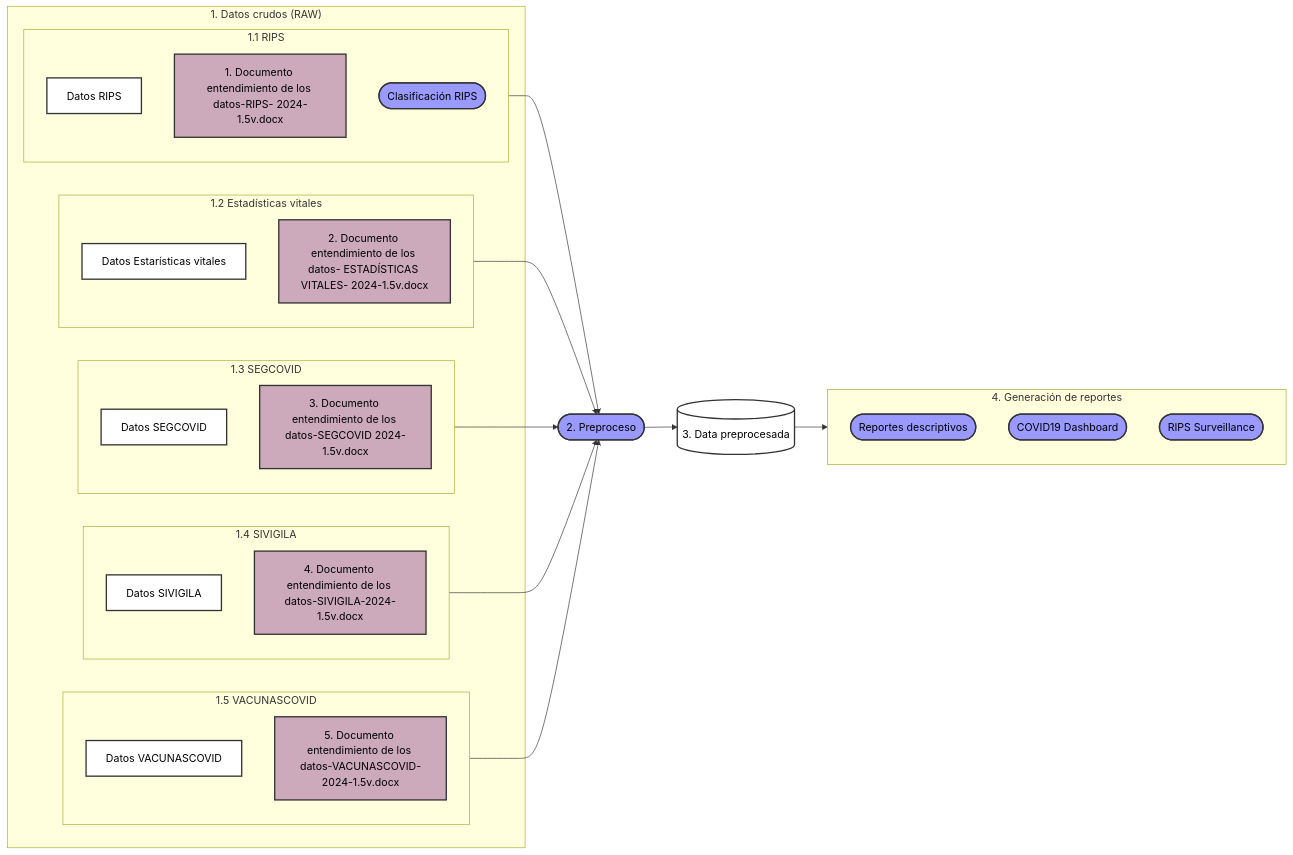
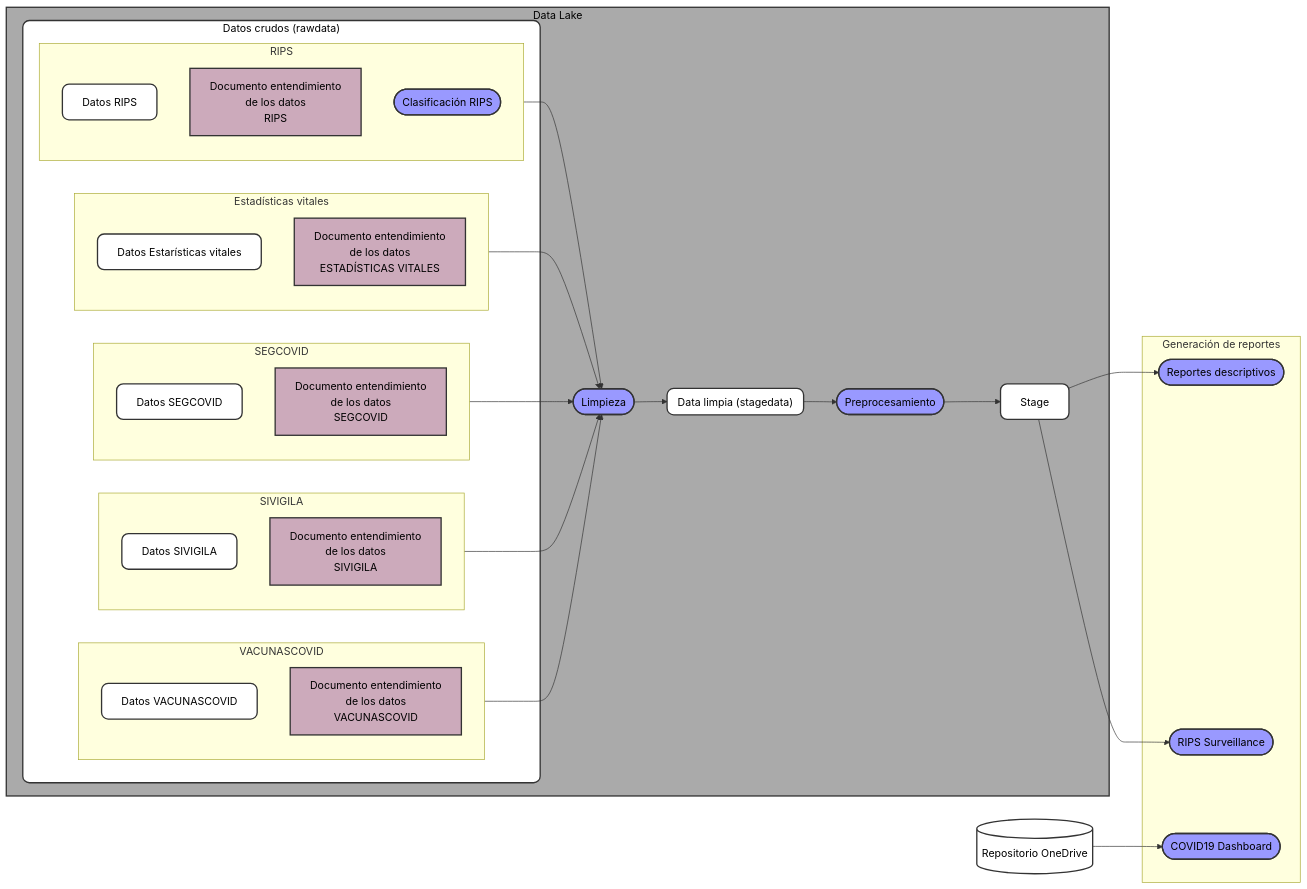
Before and after one commit to AGORA-COL/.github: the diagram in profile/DataLake/FlujoDatos.md, drawn with Mermaid. The commit also changed 1 other file, not shown here.

````diff
--- a/profile/DataLake/FlujoDatos.md
+++ b/profile/DataLake/FlujoDatos.md
@@ -8,74 +8,111 @@
 ```mermaid
 flowchart LR
-    subgraph R["1. Datos crudos (RAW)"]
-        subgraph A[1.1 RIPS]
-            DATA_RIPS1[Datos RIPS]
-            DOC_RIPS1[1. Documento entendimiento de los datos-RIPS- 2024-1.5v.docx]
-            CRIPS1([Clasificación RIPS])
+    subgraph DL[Data Lake]
+        subgraph R["Datos crudos (rawdata)"]
+            subgraph A[RIPS]
+                DATA_RIPS[Datos RIPS]
+                DOC_RIPS["`Documento entendimiento
+                     de los datos 
+                     RIPS`"]
+                CRIPS([Clasificación RIPS])
+            end
+            subgraph B[Estadísticas vitales]
+                DATA_EV[Datos Estarísticas vitales]
+                DOC_EV["`Documento entendimiento
+                     de los datos 
+                     ESTADÍSTICAS VITALES`"]
+            end
+            subgraph C[SEGCOVID]
+                DATA_SEGCOVID[Datos SEGCOVID]
+                DOC_SEGCOVID["`Documento entendimiento
+                     de los datos 
+                     SEGCOVID`"]
+            end
+            subgraph D[SIVIGILA]
+                DATA_SIVIGILA[Datos SIVIGILA]
+                DOC_SIVIGILA["`Documento entendimiento
+                     de los datos 
+                     SIVIGILA`"]
+            end
+            subgraph E[VACUNASCOVID]
+                DATA_VACUNASCOVID[Datos VACUNASCOVID]
+                DOC_VACUNASCOVID["`Documento entendimiento
+                     de los datos 
+                     VACUNASCOVID`"]
+            end
         end
-        subgraph B[1.2 Estadísticas vitales]
-            DATA_RIPS2[Datos Estarísticas vitales]
-            DOC_RIPS2[2. Documento entendimiento de los datos- ESTADÍSTICAS VITALES- 2024-1.5v.docx]
+
+
+        A --> L
+        B --> L
+        C --> L
+        D --> L
+        E --> L
+
+        
+        L([Limpieza])
+        subgraph DP["Data limpia (stagedata)"]
         end
-        subgraph C[1.3 SEGCOVID]
-            DATA_RIPS3[Datos SEGCOVID]
-            DOC_RIPS3[3. Documento entendimiento de los datos-SEGCOVID 2024-1.5v.docx]
-        end
-        subgraph D[1.4 SIVIGILA]
-            DATA_RIPS4[Datos SIVIGILA]
-            DOC_RIPS4[4. Documento entendimiento de los datos-SIVIGILA-2024-1.5v.docx]
-        end
-        subgraph E[1.5 VACUNASCOVID]
-            DATA_RIPS5[Datos VACUNASCOVID]
-            DOC_RIPS5[5. Documento entendimiento de los datos-VACUNASCOVID-2024-1.5v.docx]
-        end
+
+        L --> DP
+        DP --> P
+
+        P([Preprocesamiento])
+
+        P --> ST
+
+        ST[Stage]
+
     end
+    
+    ST --> RD
+    ST --> RS
 
-    P([2. Preproceso])
-    DP[("3. Data preprocesada")]
-    subgraph G["4. Generación de reportes"]
+
+    OD[(Repositorio OneDrive)]
+
+    OD --> DB
+
+    subgraph G["Generación de reportes"]
         RD([Reportes descriptivos])
         DB([COVID19 Dashboard])
         RS([RIPS Surveillance])
     end
 
 
-    A --> P
-    B --> P
-    C --> P
-    D --> P
-    E --> P
-
-    P --> DP
     
-    DP --> G
 
 
-    classDef data fill:#fff,stroke:#333,stroke-width:2px,color:#000;
+    classDef data fill:#fff,stroke:#333,stroke-width:2px,color:#000,rx:10,ry:10;
     classDef doc fill:#cab,stroke:#333,stroke-width:2px,color:#000;
     classDef process fill:#99f,stroke:#333,stroke-width:2px,color:black;
-    classDef repository fill:#fff,stroke:#333,stroke-width:2px,stroke: 5 5,color:#000;
+    classDef repository fill:#aaa,stroke:#333,stroke-width:2px,stroke: 5 5,color:#000;
     classDef process2 fill:green,stroke:#333,stroke-width:2px,color:#000;
     classDef report fill:#aeb,stroke:#333,stroke-width:2px,color:#000;
 
-    class DOC_RIPS1,DOC_RIPS2,DOC_RIPS3,DOC_RIPS4,DOC_RIPS5 doc;
-    class DATA_RIPS1,DATA_RIPS2,DATA_RIPS3,DATA_RIPS4,DATA_RIPS5 data;
-    class CRIPS1 process;
-    class P process;
-    class DP repository;
+    class DOC_RIPS,DOC_EV,DOC_SEGCOVID,DOC_SIVIGILA,DOC_VACUNASCOVID doc;
+    class DATA_RIPS,DATA_EV,DATA_SEGCOVID,DATA_SIVIGILA,DATA_VACUNASCOVID data;
+    class R data;
+    class DL repository;
+    class CRIPS process;
+    class L,P process;
+    class DP,OD,ST data;
     class RD,DB,RS process
 
+    click L "https://github.com/AGORA-COL/Data_lake"
     click P "https://github.com/AGORA-COL/Data_lake"
 
-    click DOC_RIPS1 "https://docs.google.com/document/d/1v1sbOreJdBO0SDKUqhwKxVJw9MxYego8/view"
-    click DOC_RIPS2 "https://docs.google.com/document/d/1iS1R8nHHWaVkTCsxTbTI5t9atf6AJeuR/view"
-    click DOC_RIPS3 "https://docs.google.com/document/d/1ErjxN7yliQpPZoOO_h-7L-Qg5XQCONbd/view"
-    click DOC_RIPS4 "https://docs.google.com/document/d/17mFQoDqTd8Azzy9971D3XkibAzFu6egv/view"
-    click DOC_RIPS5 "https://docs.google.com/document/d/1kIC2y6j7VdZ7J-GziTIGz7EuRUx8Aec9/view"
+    click DOC_RIPS "https://docs.google.com/document/d/1v1sbOreJdBO0SDKUqhwKxVJw9MxYego8/view"
+    click DOC_EV "https://docs.google.com/document/d/1iS1R8nHHWaVkTCsxTbTI5t9atf6AJeuR/view"
+    click DOC_SEGCOVID "https://docs.google.com/document/d/1ErjxN7yliQpPZoOO_h-7L-Qg5XQCONbd/view"
+    click DOC_SIVIGILA "https://docs.google.com/document/d/17mFQoDqTd8Azzy9971D3XkibAzFu6egv/view"
+    click DOC_VACUNASCOVID "https://docs.google.com/document/d/1kIC2y6j7VdZ7J-GziTIGz7EuRUx8Aec9/view"
 
-    click CRIPS1 "https://drive.google.com/drive/folders/1pApPVLWTkwgCbYgMG0tAWkvJDn2RRe1K"
+    click CRIPS "https://drive.google.com/drive/folders/1pApPVLWTkwgCbYgMG0tAWkvJDn2RRe1K"
 
     click RD "https://github.com/AGORA-COL/dl-covid19-descriptive-reports"
     click DB "https://github.com/AGORA-COL/dl-covid19-col-dashboard"
     click RS "https://github.com/AGORA-COL/quality-rips-surveillance"
+
+    click OD "https://livejaverianaedu-my.sharepoint.com/personal/jemurillo_javeriana_edu_co/_layouts/15/onedrive.aspx?e=5%3Afc7d68d1a9c84f048235ca67be22ebb1&sharingv2=true&fromShare=true&at=9&CT=1725289769440&OR=OWA-NT-Mail&CID=9c3ffb10-dcf6-37df-ea1c-3b1c7661d5db&id=%2Fpersonal%2Fjemurillo_javeriana_edu_co%2FDocuments%2FJAVERIANA%2FDatos_AGORA%2FPANDEMIA%20COLOMBIA-raw_data&FolderCTID=0x012000FE02BE409825504DAFD5FA09F3B44529&view=0"
 ```
````
